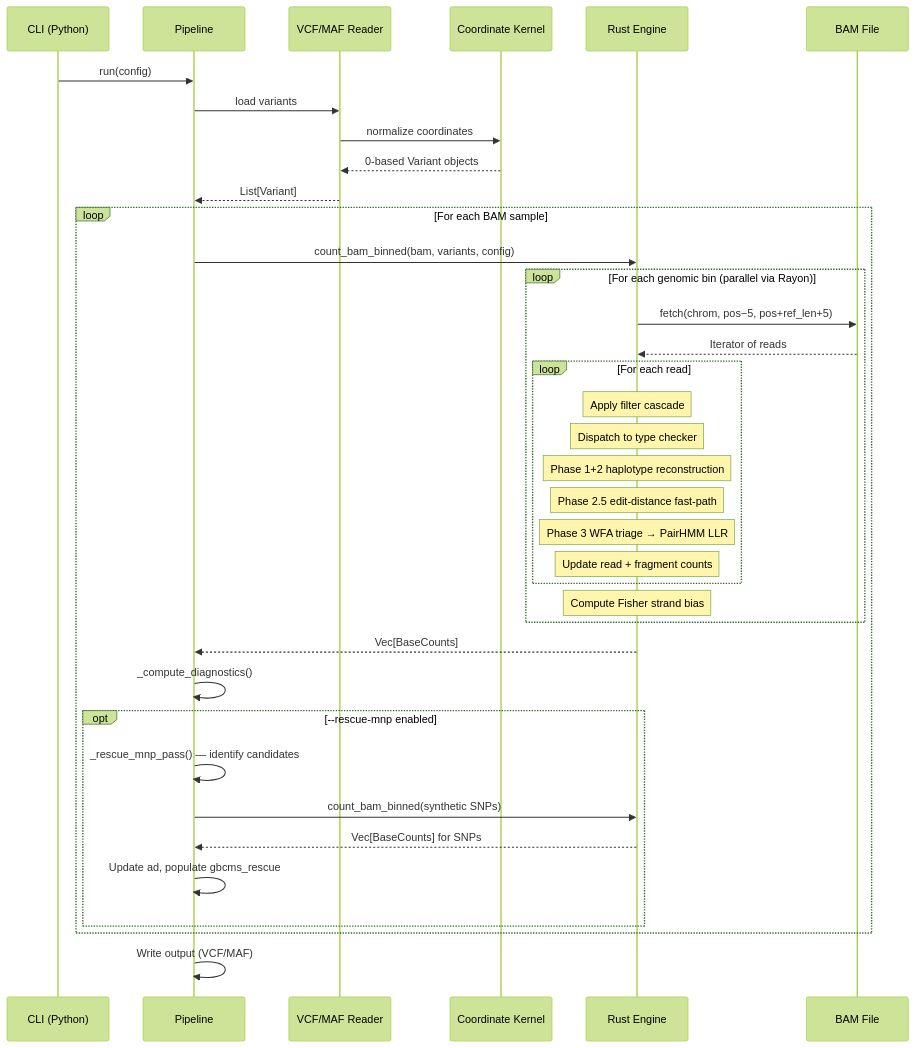
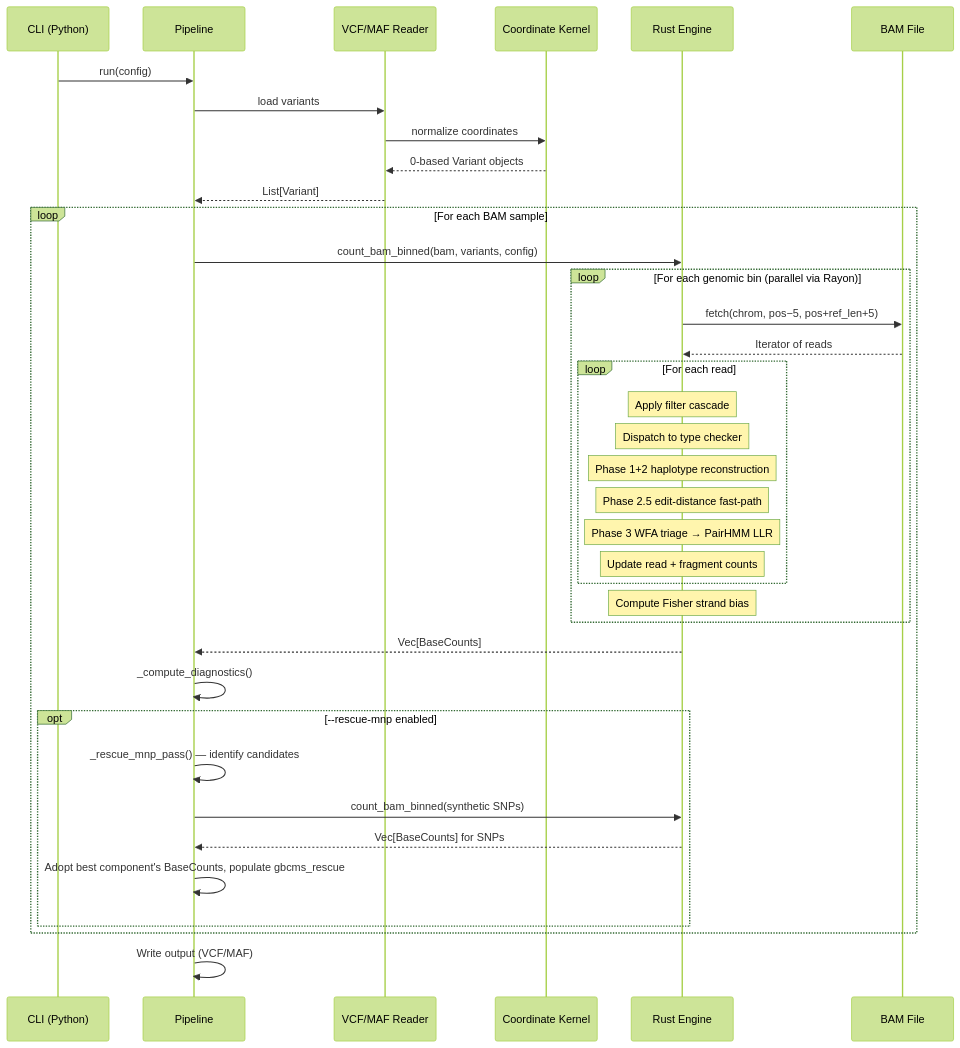
One commit to msk-access/gbcms changed the sixth of 7 diagrams in docs/reference/architecture.md. Above: the diagram before and after it, drawn with Mermaid (forest theme). The commit also changed other lines of this file and 10 other files, not shown here.

````diff
--- a/docs/reference/architecture.md
+++ b/docs/reference/architecture.md
@@ -289,42 +289,42 @@
 ```mermaid
 sequenceDiagram
     participant CLI as CLI (Python)
     participant Pipeline as Pipeline
     participant Reader as VCF/MAF Reader
     participant Kernel as Coordinate Kernel
     participant Rust as Rust Engine
     participant BAM as BAM File
 
     CLI->>Pipeline: run(config)
     Pipeline->>Reader: load variants
     Reader->>Kernel: normalize coordinates
     Kernel-->>Reader: 0-based Variant objects
     Reader-->>Pipeline: List[Variant]
 
     loop For each BAM sample
         Pipeline->>Rust: count_bam_binned(bam, variants, config)
         loop For each genomic bin (parallel via Rayon)
             Rust->>BAM: fetch(chrom, pos−5, pos+ref_len+5)
             BAM-->>Rust: Iterator of reads
             loop For each read
                 Note over Rust: Apply filter cascade
                 Note over Rust: Dispatch to type checker
                 Note over Rust: Phase 1+2 haplotype reconstruction
                 Note over Rust: Phase 2.5 edit-distance fast-path
                 Note over Rust: Phase 3 WFA triage → PairHMM LLR
                 Note over Rust: Update read + fragment counts
             end
             Note over Rust: Compute Fisher strand bias
         end
         Rust-->>Pipeline: Vec[BaseCounts]
         Pipeline->>Pipeline: _compute_diagnostics()
         opt --rescue-mnp enabled
             Pipeline->>Pipeline: _rescue_mnp_pass() — identify candidates
             Pipeline->>Rust: count_bam_binned(synthetic SNPs)
             Rust-->>Pipeline: Vec[BaseCounts] for SNPs
-            Pipeline->>Pipeline: Update ad, populate gbcms_rescue
+            Pipeline->>Pipeline: Adopt best component's BaseCounts, populate gbcms_rescue
         end
     end
 
     Pipeline->>Pipeline: Write output (VCF/MAF)
 ```
````
